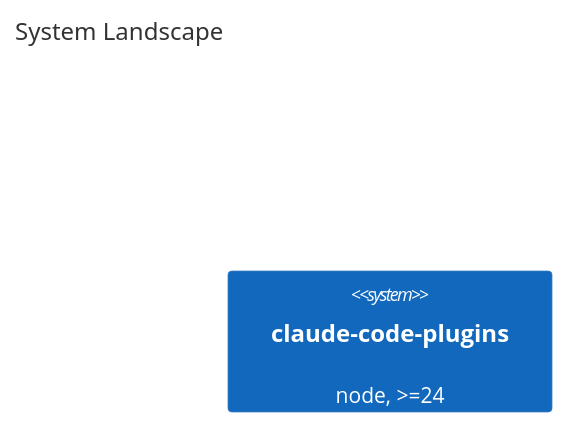
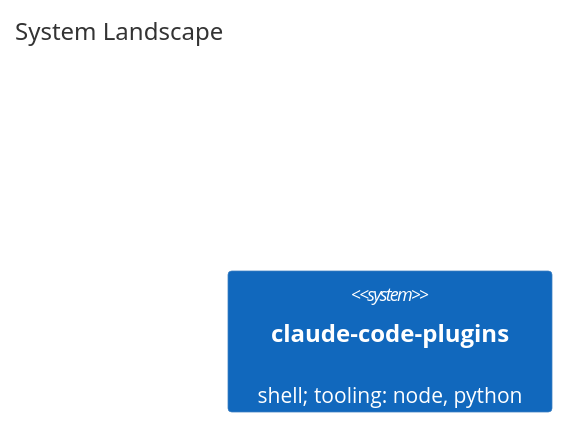
Before and after one commit to melodic-software/claude-code-plugins: the diagram in docs/architecture/landscape.md, drawn with Mermaid. The commit also changed other lines of this file and 1 other file, not shown here.

First line of the commit message:
docs(architecture): regenerate the landscape artifacts from the corrected facts

````diff
--- a/docs/architecture/landscape.md
+++ b/docs/architecture/landscape.md
@@ -7,5 +7,5 @@
 ```mermaid
 C4Context
   title System Landscape
-  System(claude_code_plugins, "claude-code-plugins", "node, >=24")
+  System(claude_code_plugins, "claude-code-plugins", "shell; tooling: node, python")
 ```
````
